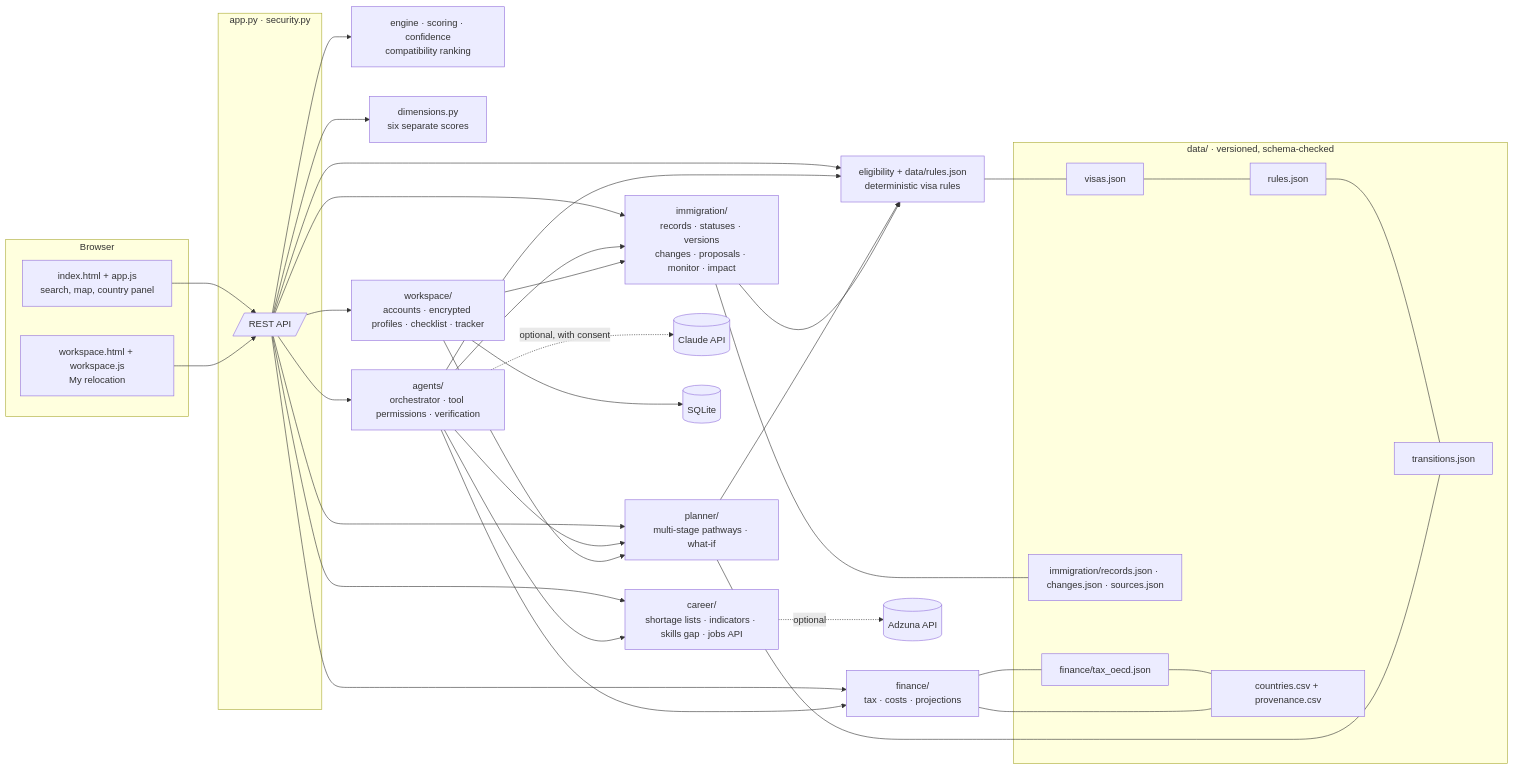
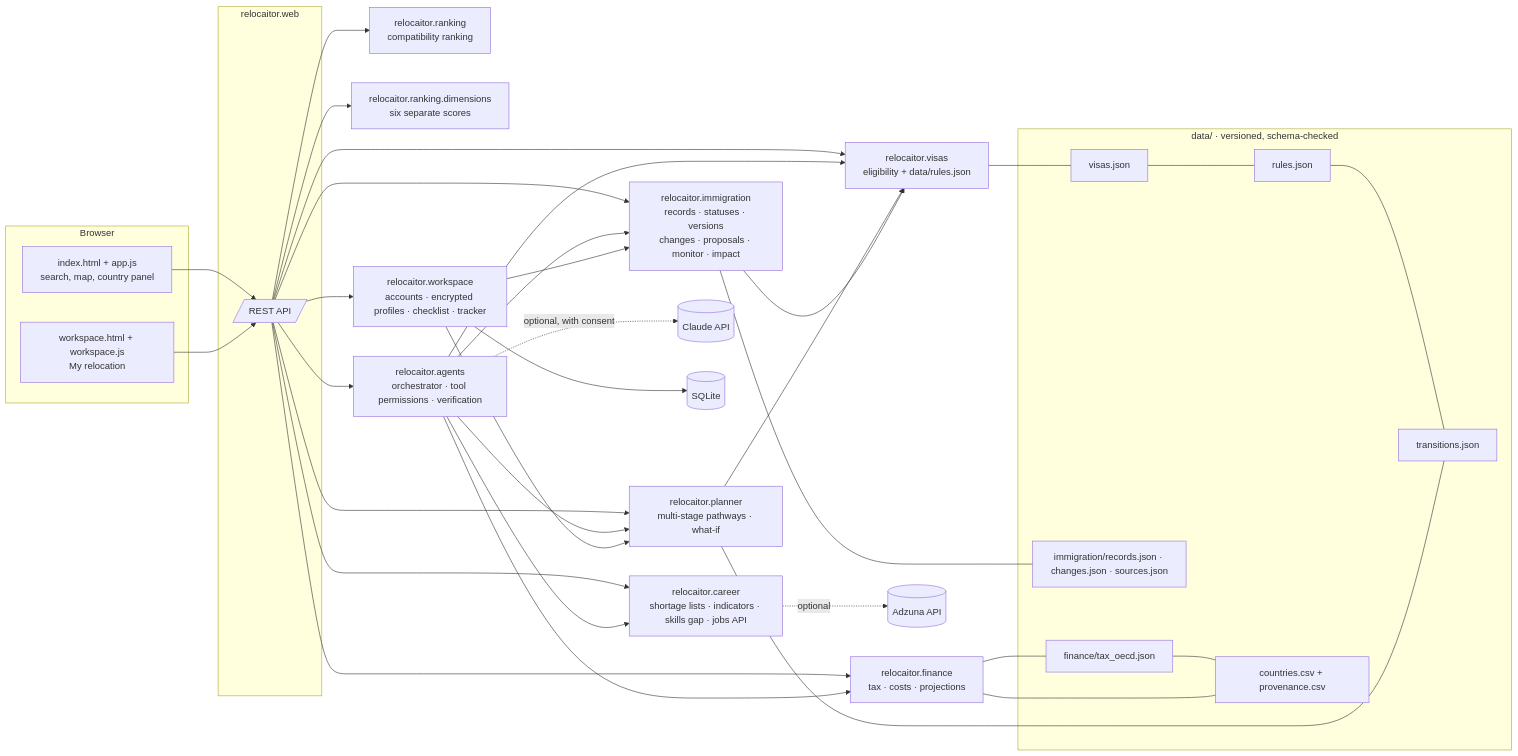
The diagram in docs/ARCHITECTURE.md (zinmeir/RelocAitor), drawn with Mermaid before and after one commit. The commit also changed other lines of this file and 143 other files, not shown here.

````diff
--- a/docs/ARCHITECTURE.md
+++ b/docs/ARCHITECTURE.md
@@ -7,40 +7,40 @@
 ```mermaid
 flowchart LR
   subgraph Browser
     UI[index.html + app.js<br/>search, map, country panel]
     WS[workspace.html + workspace.js<br/>My relocation]
   end
-  subgraph Flask app [app.py · security.py]
+  subgraph Flask app [relocaitor.web]
     API[/REST API/]
   end
   UI --> API
   WS --> API
 
-  API --> RANK[engine · scoring · confidence<br/>compatibility ranking]
-  API --> ELIG[eligibility + data/rules.json<br/>deterministic visa rules]
-  API --> IMM[immigration/<br/>records · statuses · versions<br/>changes · proposals · monitor · impact]
-  API --> PLAN[planner/<br/>multi-stage pathways · what-if]
-  API --> FIN[finance/<br/>tax · costs · projections]
-  API --> CAR[career/<br/>shortage lists · indicators · skills gap · jobs API]
-  API --> DIM[dimensions.py<br/>six separate scores]
-  API --> AG[agents/<br/>orchestrator · tool permissions · verification]
-  API --> WSP[workspace/<br/>accounts · encrypted profiles · checklist · tracker]
+  API --> RANK[relocaitor.ranking<br/>compatibility ranking]
+  API --> ELIG[relocaitor.visas<br/>eligibility + data/rules.json]
+  API --> IMM[relocaitor.immigration<br/>records · statuses · versions<br/>changes · proposals · monitor · impact]
+  API --> PLAN[relocaitor.planner<br/>multi-stage pathways · what-if]
+  API --> FIN[relocaitor.finance<br/>tax · costs · projections]
+  API --> CAR[relocaitor.career<br/>shortage lists · indicators · skills gap · jobs API]
+  API --> DIM[relocaitor.ranking.dimensions<br/>six separate scores]
+  API --> AG[relocaitor.agents<br/>orchestrator · tool permissions · verification]
+  API --> WSP[relocaitor.workspace<br/>accounts · encrypted profiles · checklist · tracker]
 
   AG --> ELIG & IMM & PLAN & FIN & CAR
   AG -. optional, with consent .-> LLM[(Claude API)]
   CAR -. optional .-> JOBS[(Adzuna API)]
   PLAN --> ELIG
   IMM --> ELIG
   WSP --> PLAN & IMM
   WSP --> DB[(SQLite)]
 
   subgraph Data [data/ · versioned, schema-checked]
     VJ[visas.json] --- RJ[rules.json] --- TJ[transitions.json]
     IR[immigration/records.json · changes.json · sources.json]
     TX[finance/tax_oecd.json] --- CC[countries.csv + provenance.csv]
   end
   ELIG --- VJ
   IMM --- IR
   PLAN --- TJ
   FIN --- TX & CC
 ```
````
